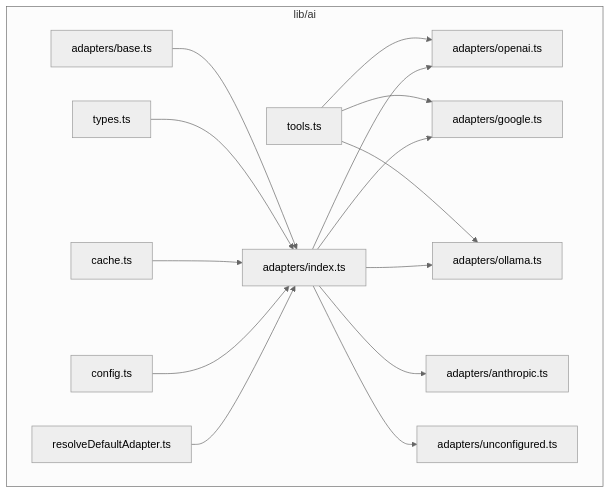
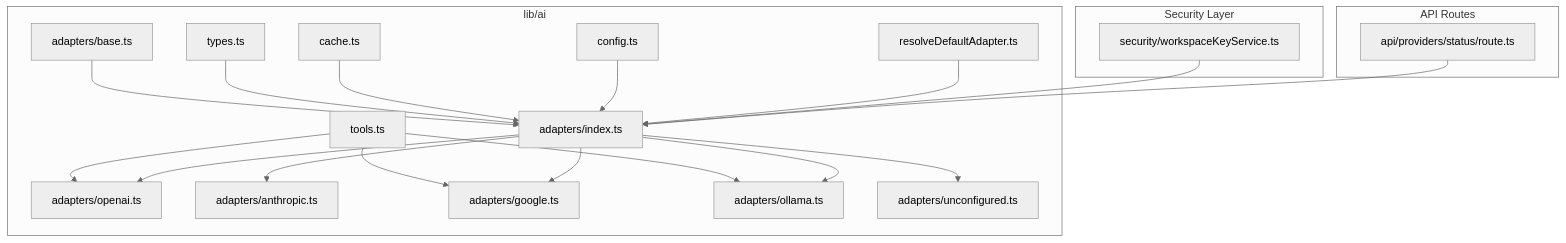
The first of 10 diagrams in .qoder/repowiki/en/content/Architecture & Design/Layered Architecture/Business Logic Layer/AI Provider Adapter System.md (shekhargiri005-dotcom/AI-powered-accessibility-first-UI-engine), drawn with Mermaid (neutral theme) before and after one commit. The commit also changed other lines of this file and 8 other files, not shown here.

````diff
--- a/.qoder/repowiki/en/content/Architecture & Design/Layered Architecture/Business Logic Layer/AI Provider Adapter System.md
+++ b/.qoder/repowiki/en/content/Architecture & Design/Layered Architecture/Business Logic Layer/AI Provider Adapter System.md
@@ -44,30 +54,38 @@
 ```mermaid
 graph TB
 subgraph "lib/ai"
 BASE["adapters/base.ts"]
 TYPES["types.ts"]
 TOOLS["tools.ts"]
 CACHE["cache.ts"]
 IDX["adapters/index.ts"]
 OA["adapters/openai.ts"]
 AA["adapters/anthropic.ts"]
 GA["adapters/google.ts"]
 OLA["adapters/ollama.ts"]
 UCA["adapters/unconfigured.ts"]
 CFG["config.ts"]
 RDA["resolveDefaultAdapter.ts"]
 end
+subgraph "Security Layer"
+WK["security/workspaceKeyService.ts"]
+end
+subgraph "API Routes"
+PS["api/providers/status/route.ts"]
+end
 BASE --> IDX
 TYPES --> IDX
 TOOLS --> OA
 TOOLS --> GA
 TOOLS --> OLA
 CACHE --> IDX
 IDX --> OA
 IDX --> AA
 IDX --> GA
 IDX --> OLA
 IDX --> UCA
 CFG --> IDX
 RDA --> IDX
+WK --> IDX
+PS --> IDX
 ```
````
